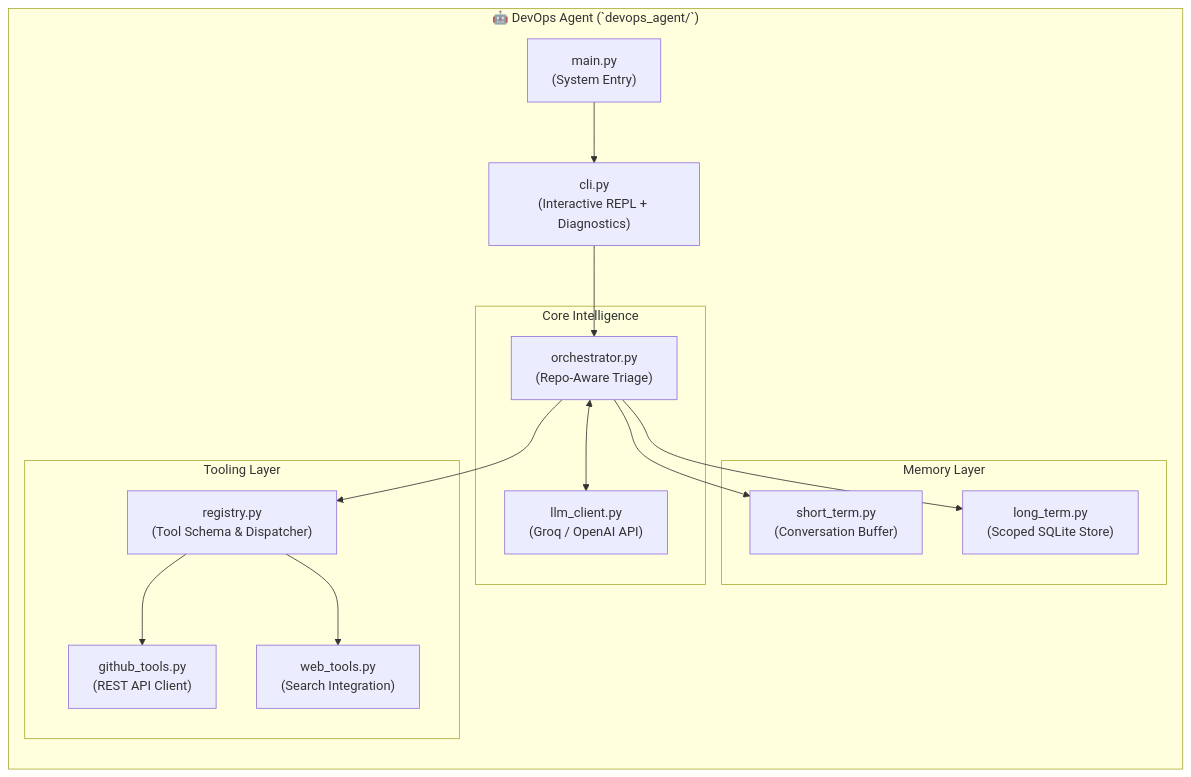
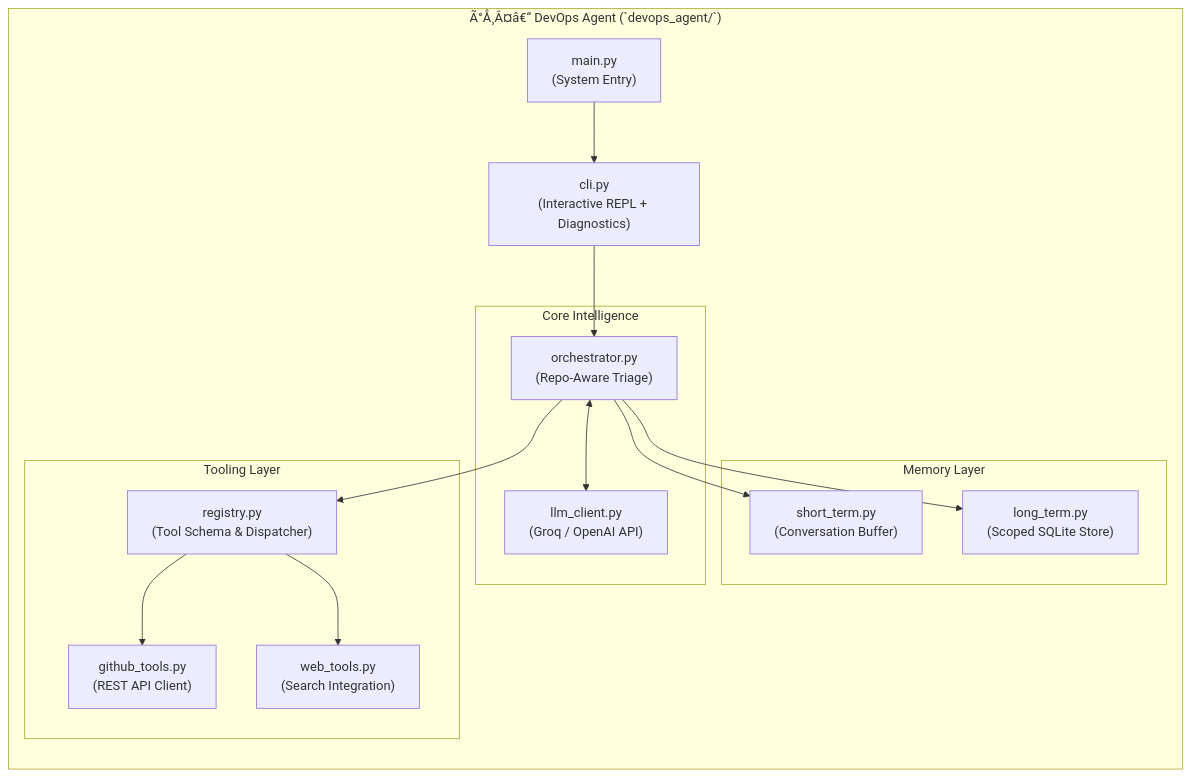
The first of 3 diagrams in docs/devops_agent_architecture.md (paarths-collab/observable-agent-control-panel-v2), drawn with Mermaid before and after one commit. The commit also changed other lines of this file and 10 other files, not shown here.

````diff
--- a/docs/devops_agent_architecture.md
+++ b/docs/devops_agent_architecture.md
@@ -9,37 +9,37 @@
 ```mermaid
 graph TD
-    subgraph "🤖 DevOps Agent (`devops_agent/`)"
+    subgraph "Ã°Å¸Â¤â€“ DevOps Agent (`devops_agent/`)"
         direction TB
         
         MAIN["main.py<br/>(System Entry)"]
         CLI["cli.py<br/>(Interactive REPL + Diagnostics)"]
         
         subgraph "Core Intelligence"
             ORCH["orchestrator.py<br/>(Repo-Aware Triage)"]
             LLM["llm_client.py<br/>(Groq / OpenAI API)"]
             
             ORCH <--> LLM
         end
         
         subgraph "Memory Layer"
             STM["short_term.py<br/>(Conversation Buffer)"]
             LTM["long_term.py<br/>(Scoped SQLite Store)"]
             
             ORCH --> STM
             ORCH --> LTM
         end
         
         subgraph "Tooling Layer"
             REG["registry.py<br/>(Tool Schema & Dispatcher)"]
             GH["github_tools.py<br/>(REST API Client)"]
             WEB["web_tools.py<br/>(Search Integration)"]
             
             ORCH --> REG
             REG --> GH
             REG --> WEB
         end
         
         MAIN --> CLI
         CLI --> ORCH
     end
 ```
````
